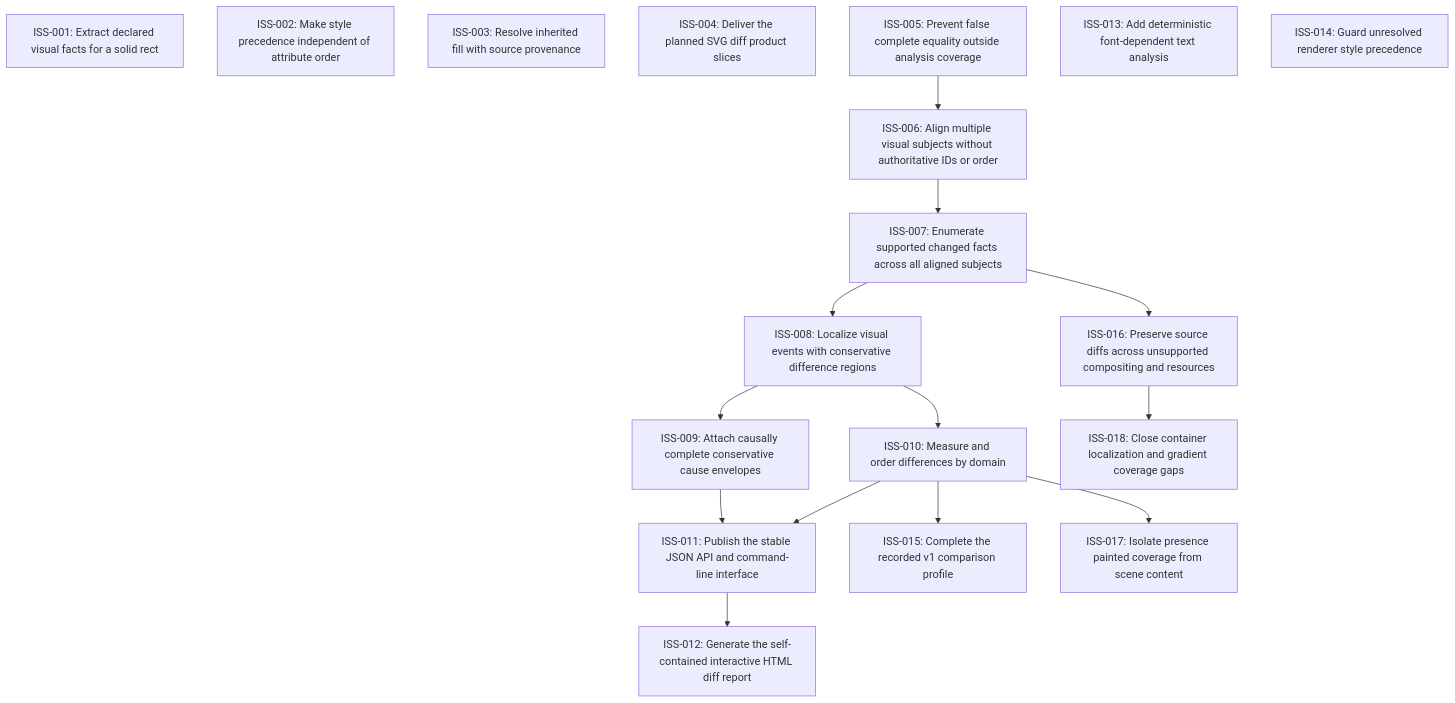
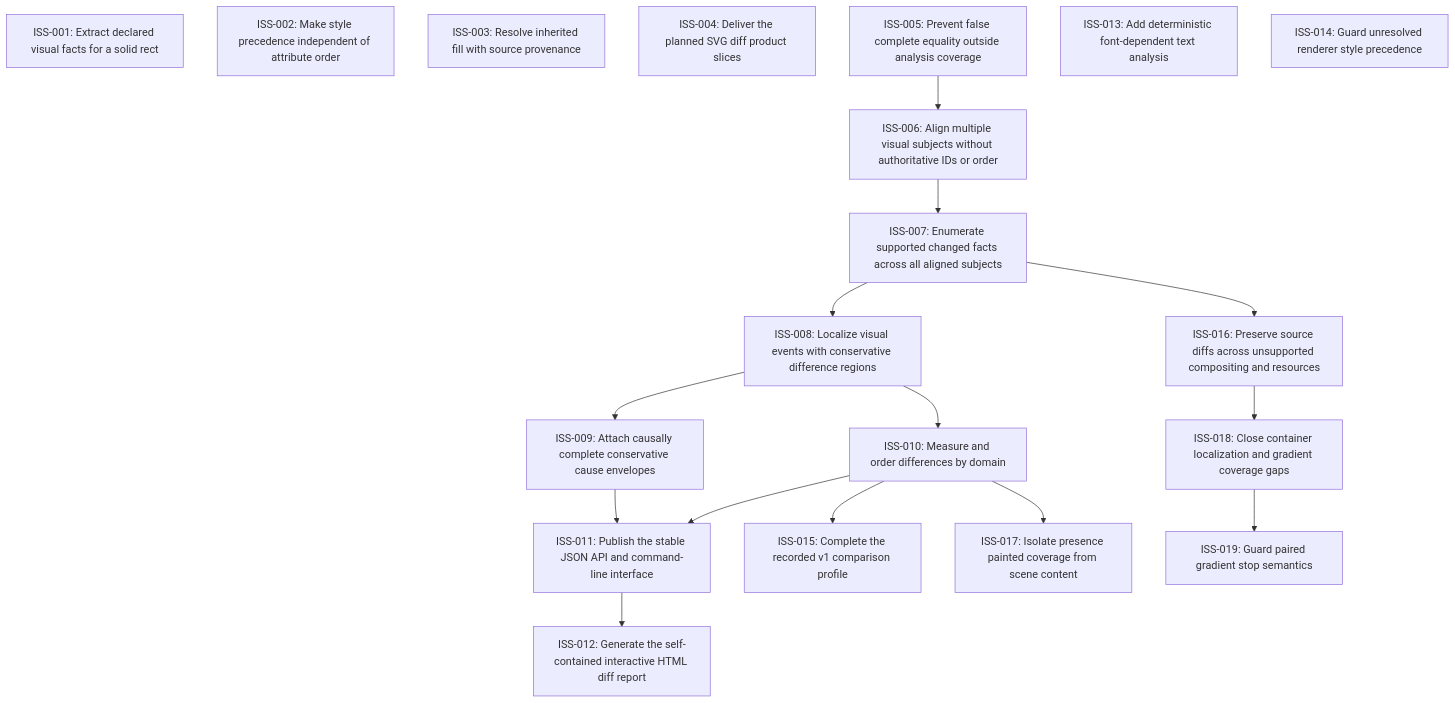
One commit to moonbit-community/svgdiff changed the diagram in issues/README.md. Above: the diagram before and after it, drawn with Mermaid. The commit also changed other lines of this file and 3 other files, not shown here.

Commit message:
Guard paired gradient stop semantics

````diff
--- a/issues/README.md
+++ b/issues/README.md
@@ -19,33 +19,35 @@
 ```mermaid
 graph TD
   ISS_001["ISS-001: Extract declared visual facts for a solid rect"]
   ISS_002["ISS-002: Make style precedence independent of attribute order"]
   ISS_003["ISS-003: Resolve inherited fill with source provenance"]
   ISS_004["ISS-004: Deliver the planned SVG diff product slices"]
   ISS_005["ISS-005: Prevent false complete equality outside analysis coverage"]
   ISS_006["ISS-006: Align multiple visual subjects without authoritative IDs or order"]
   ISS_007["ISS-007: Enumerate supported changed facts across all aligned subjects"]
   ISS_008["ISS-008: Localize visual events with conservative difference regions"]
   ISS_009["ISS-009: Attach causally complete conservative cause envelopes"]
   ISS_010["ISS-010: Measure and order differences by domain"]
   ISS_011["ISS-011: Publish the stable JSON API and command-line interface"]
   ISS_012["ISS-012: Generate the self-contained interactive HTML diff report"]
   ISS_013["ISS-013: Add deterministic font-dependent text analysis"]
   ISS_014["ISS-014: Guard unresolved renderer style precedence"]
   ISS_015["ISS-015: Complete the recorded v1 comparison profile"]
   ISS_016["ISS-016: Preserve source diffs across unsupported compositing and resources"]
   ISS_017["ISS-017: Isolate presence painted coverage from scene content"]
   ISS_018["ISS-018: Close container localization and gradient coverage gaps"]
+  ISS_019["ISS-019: Guard paired gradient stop semantics"]
   ISS_005 --> ISS_006
   ISS_006 --> ISS_007
   ISS_007 --> ISS_008
   ISS_008 --> ISS_009
   ISS_008 --> ISS_010
   ISS_009 --> ISS_011
   ISS_010 --> ISS_011
   ISS_011 --> ISS_012
   ISS_010 --> ISS_015
   ISS_007 --> ISS_016
   ISS_010 --> ISS_017
   ISS_016 --> ISS_018
+  ISS_018 --> ISS_019
 ```
````
